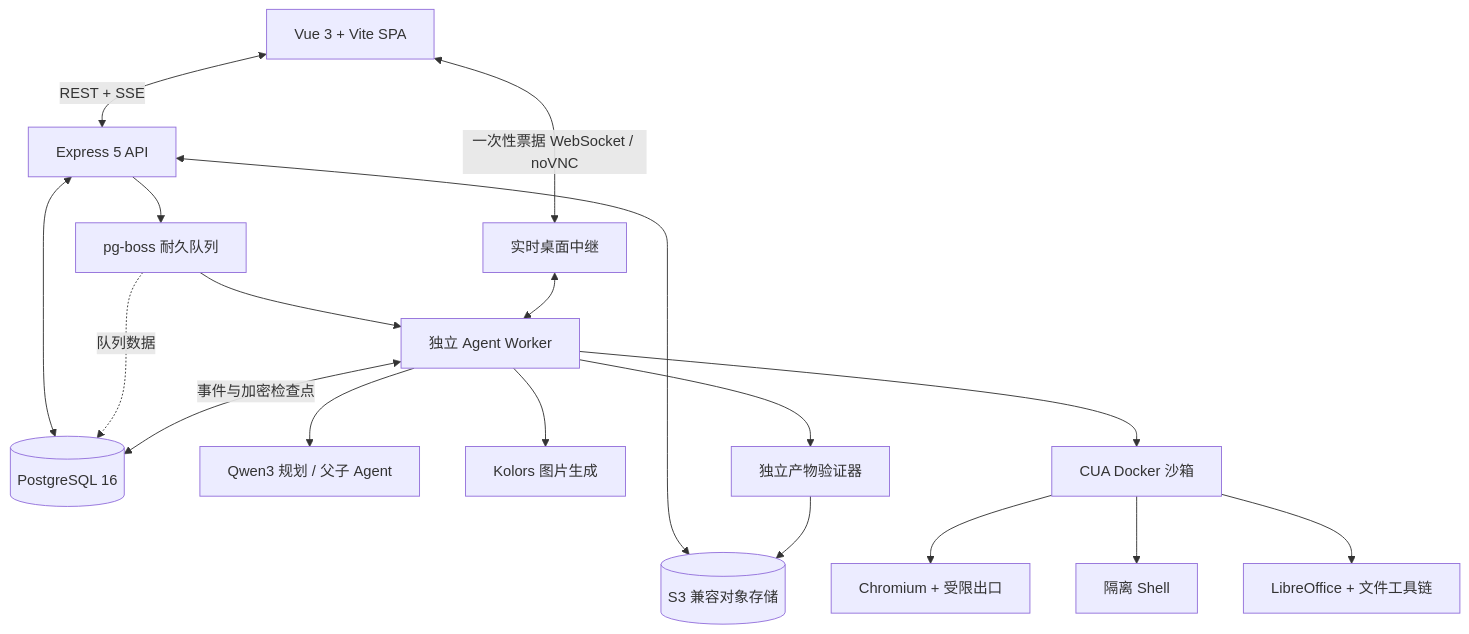
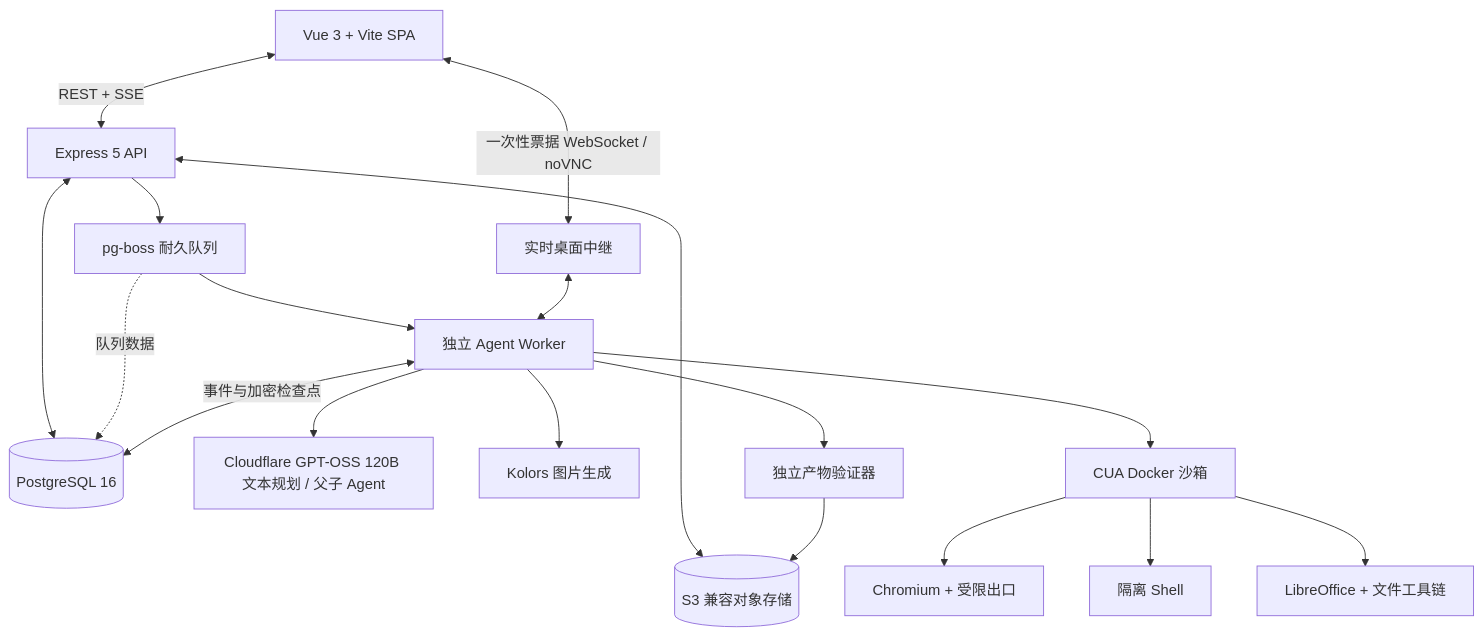
Before and after one commit to FengFan-1997/Artigen: the second of 2 diagrams in README.md, drawn with Mermaid. The commit also changed other lines of this file and 55 other files, not shown here.

Commit message:
fix(agent): enforce cloudflare text runtime boundaries

````diff
--- a/README.md
+++ b/README.md
@@ -149,25 +149,25 @@
 ```mermaid
 flowchart TB
     UI["Vue 3 + Vite SPA"] <-->|"REST + SSE"| API["Express 5 API"]
 
     API <--> PG[("PostgreSQL 16")]
     API <--> S3[("S3 兼容对象存储")]
     API --> Q["pg-boss 耐久队列"]
     Q -. "队列数据" .-> PG
     Q --> W["独立 Agent Worker"]
 
     W <-->|"事件与加密检查点"| PG
-    W --> MODEL["Qwen3 规划 / 父子 Agent"]
+    W --> MODEL["Cloudflare GPT-OSS 120B 文本规划 / 父子 Agent"]
     W --> IMAGE["Kolors 图片生成"]
     W --> CUA["CUA Docker 沙箱"]
 
     CUA --> BROWSER["Chromium + 受限出口"]
     CUA --> SHELL["隔离 Shell"]
     CUA --> OFFICE["LibreOffice + 文件工具链"]
 
     W --> VERIFY["独立产物验证器"]
     VERIFY --> S3
 
     UI <-->|"一次性票据 WebSocket / noVNC"| RELAY["实时桌面中继"]
     RELAY <--> W
 ```
````
